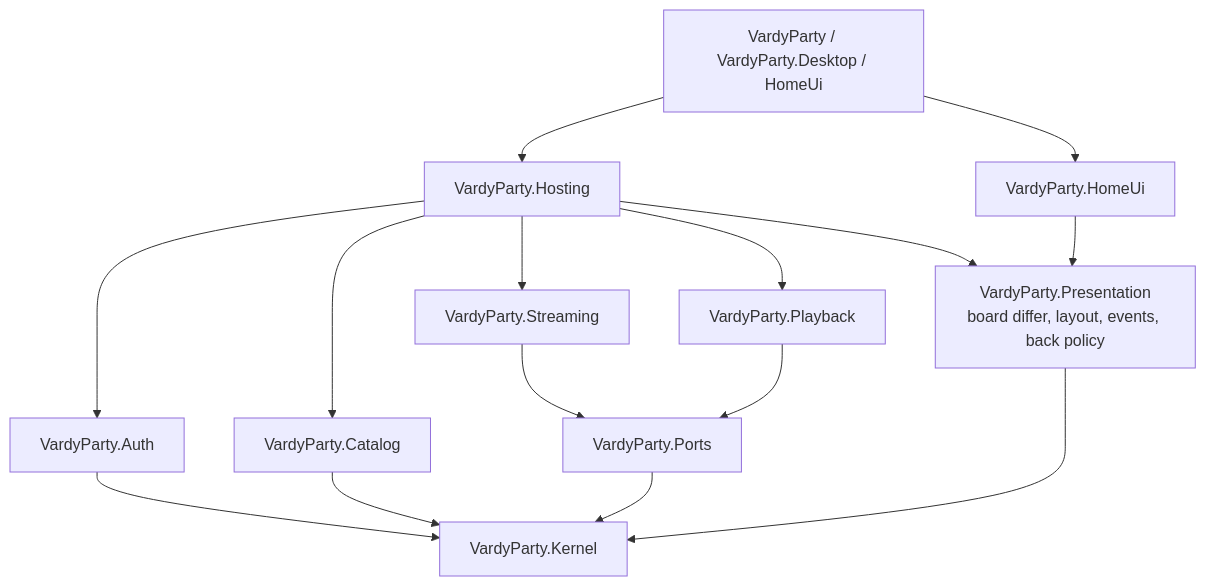
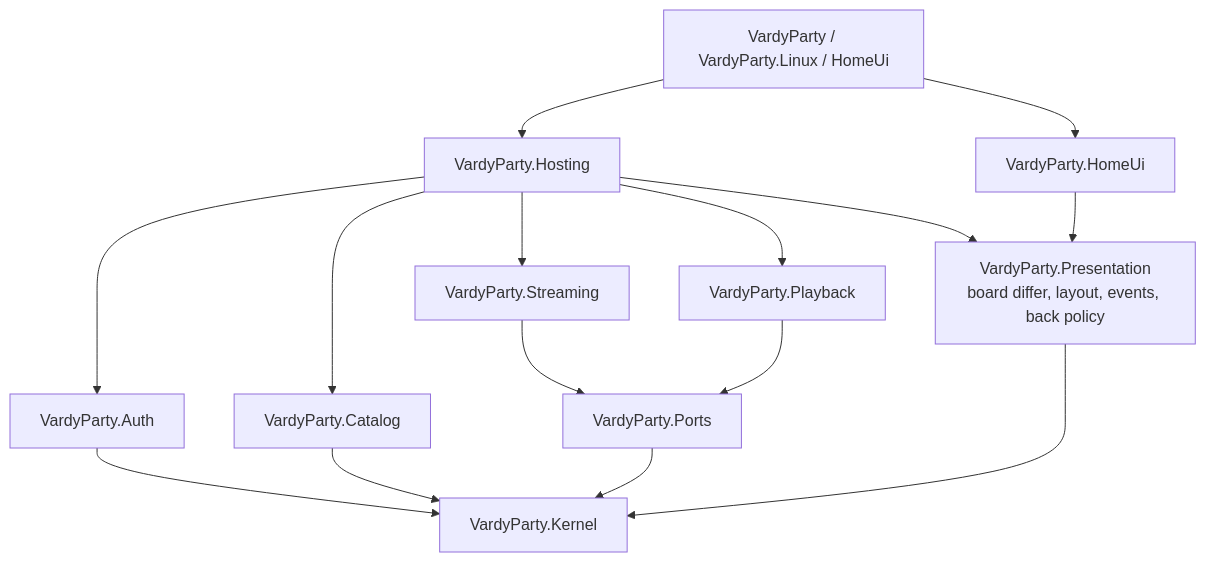
Before and after one commit to Vardy-Party/Client: the second of 3 diagrams in docs/ARCHITECTURE.md, drawn with Mermaid. The commit also changed other lines of this file and 198 other files, not shown here.

````diff
--- a/docs/ARCHITECTURE.md
+++ b/docs/ARCHITECTURE.md
@@ -55,27 +55,27 @@
 ```mermaid
 flowchart TB
-  Heads["VardyParty / VardyParty.Desktop / HomeUi"]
+  Heads["VardyParty / VardyParty.Linux / HomeUi"]
   Hosting["VardyParty.Hosting"]
   Presentation["VardyParty.Presentation<br/>board differ, layout, events, back policy"]
   Playback["VardyParty.Playback"]
   Streaming["VardyParty.Streaming"]
   Catalog["VardyParty.Catalog"]
   Auth["VardyParty.Auth"]
   Ports["VardyParty.Ports"]
   Kernel["VardyParty.Kernel"]
 
   Heads --> Hosting
   Heads --> HomeUi["VardyParty.HomeUi"]
   HomeUi --> Presentation
   Hosting --> Auth
   Hosting --> Catalog
   Hosting --> Streaming
   Hosting --> Playback
   Hosting --> Presentation
   Playback --> Ports
   Streaming --> Ports
   Catalog --> Kernel
   Auth --> Kernel
   Presentation --> Kernel
   Ports --> Kernel
 ```
````
